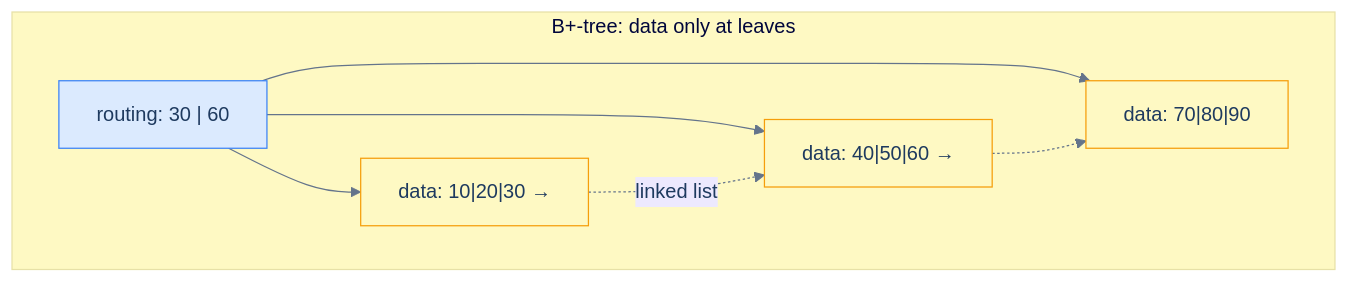
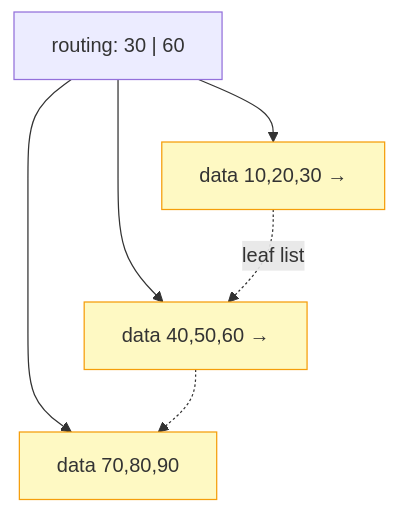
The second of 2 diagrams in content/cortex/data-structures-and-algorithms/03-trees/08-b-tree/01-introduction-to-b-trees.md (ani2fun/codefolio), drawn with Mermaid before and after one commit. The commit also changed other lines of this file and 1049 other files, not shown here.

````diff
--- a/content/cortex/data-structures-and-algorithms/03-trees/08-b-tree/01-introduction-to-b-trees.md
+++ b/content/cortex/data-structures-and-algorithms/03-trees/08-b-tree/01-introduction-to-b-trees.md
@@ -190,28 +229,11 @@
 ```mermaid
----
-config:
-  theme: base
-  themeVariables:
-    primaryColor: "#dbeafe"
-    primaryBorderColor: "#3b82f6"
-    primaryTextColor: "#1e3a5f"
-    lineColor: "#64748b"
-    secondaryColor: "#ede9fe"
-    tertiaryColor: "#fef9c3"
----
 flowchart TB
-  subgraph PLUS["B+-tree: data only at leaves"]
-    R["routing: 30 | 60"]
-    L1["data: 10|20|30 →"]
-    L2["data: 40|50|60 →"]
-    L3["data: 70|80|90"]
-    R --> L1
-    R --> L2
-    R --> L3
-    L1 -.->|"linked list"| L2
-    L2 -.-> L3
-  end
+  R["routing: 30 | 60"] --> L1["data 10,20,30 →"]
+  R --> L2["data 40,50,60 →"]
+  R --> L3["data 70,80,90"]
+  L1 -.->|leaf list| L2
+  L2 -.-> L3
   style L1 fill:#fef9c3,stroke:#f59e0b
   style L2 fill:#fef9c3,stroke:#f59e0b
   style L3 fill:#fef9c3,stroke:#f59e0b
 ```
````
